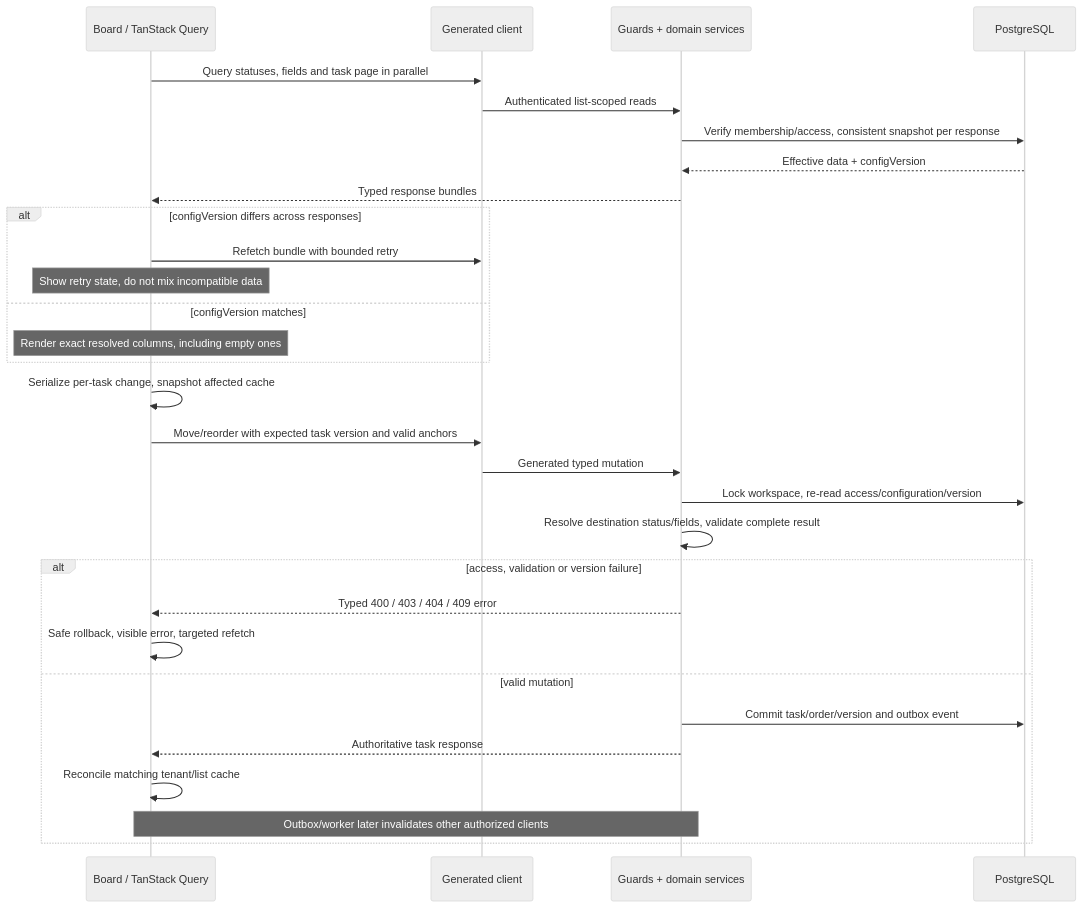
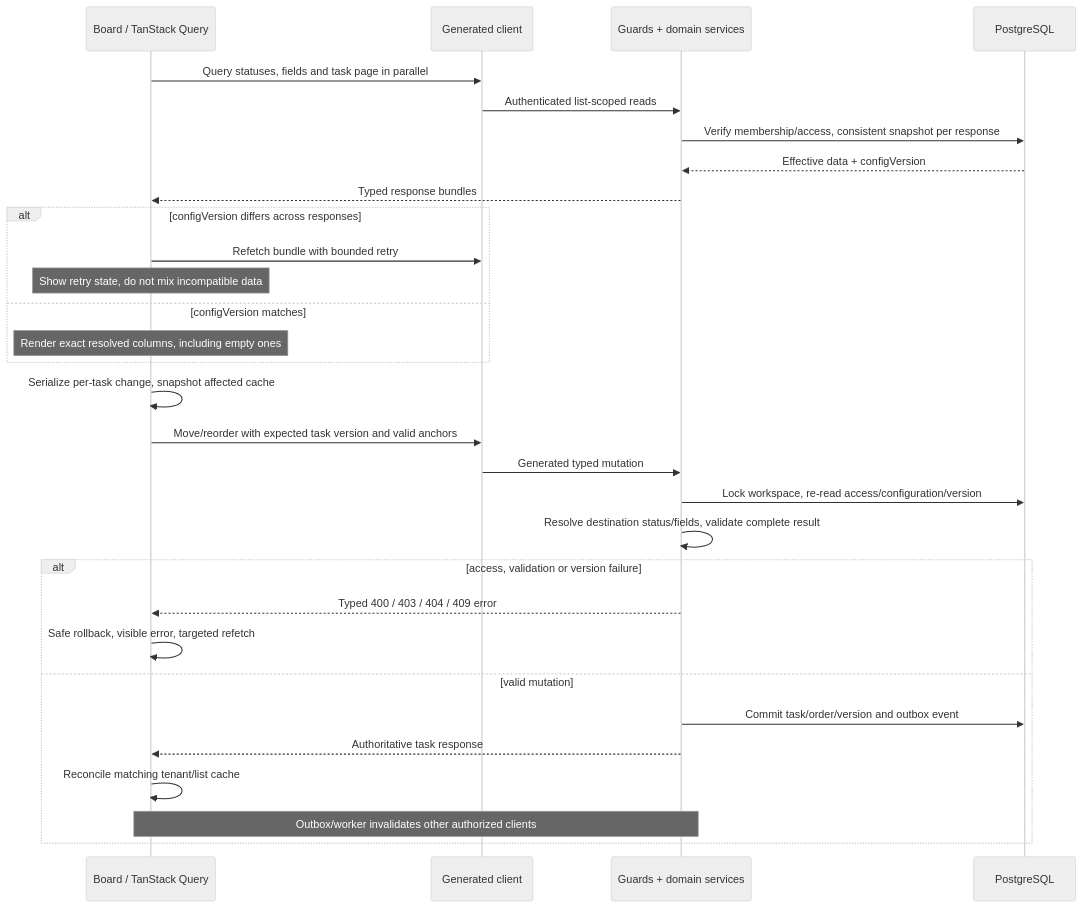
The third of 3 diagrams in ARCHITECTURE.md (ashvir99260/flowboard), drawn with Mermaid (neutral theme) before and after one commit. The commit also changed other lines of this file and 8 other files, not shown here.

````diff
--- a/ARCHITECTURE.md
+++ b/ARCHITECTURE.md
@@ -142,32 +142,32 @@
 ```mermaid
 sequenceDiagram
   participant UI as Board / TanStack Query
   participant SDK as Generated client
   participant API as Guards + domain services
   participant DB as PostgreSQL
   UI->>SDK: Query statuses, fields and task page in parallel
   SDK->>API: Authenticated list-scoped reads
   API->>DB: Verify membership/access, consistent snapshot per response
   DB-->>API: Effective data + configVersion
   API-->>UI: Typed response bundles
   alt configVersion differs across responses
     UI->>SDK: Refetch bundle with bounded retry
     Note over UI: Show retry state, do not mix incompatible data
   else configVersion matches
     Note over UI: Render exact resolved columns, including empty ones
   end
   UI->>UI: Serialize per-task change, snapshot affected cache
   UI->>SDK: Move/reorder with expected task version and valid anchors
   SDK->>API: Generated typed mutation
   API->>DB: Lock workspace, re-read access/configuration/version
   API->>API: Resolve destination status/fields, validate complete result
   alt access, validation or version failure
     API-->>UI: Typed 400 / 403 / 404 / 409 error
     UI->>UI: Safe rollback, visible error, targeted refetch
   else valid mutation
     API->>DB: Commit task/order/version and outbox event
     API-->>UI: Authoritative task response
     UI->>UI: Reconcile matching tenant/list cache
-    Note over API,UI: Outbox/worker later invalidates other authorized clients
+    Note over API,UI: Outbox/worker invalidates other authorized clients
   end
 ```
````
